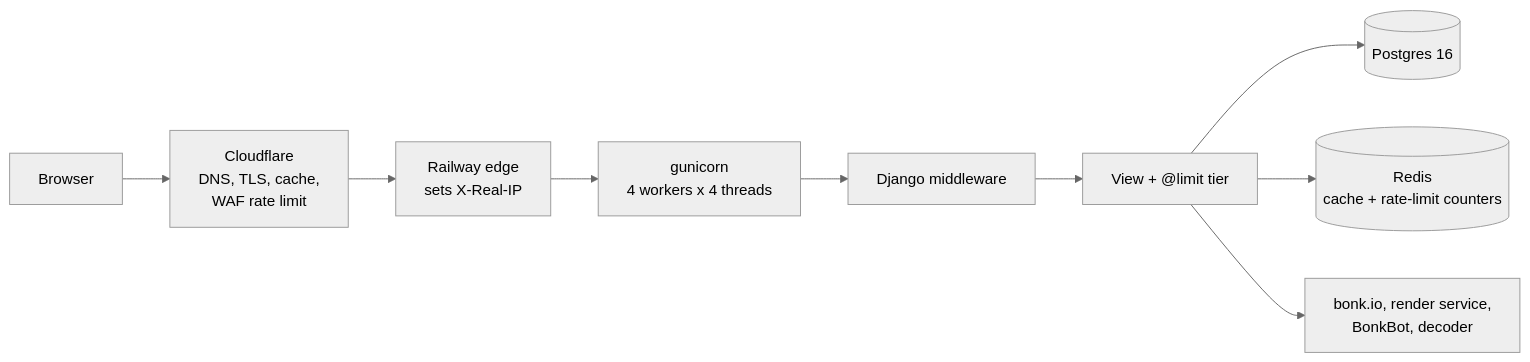
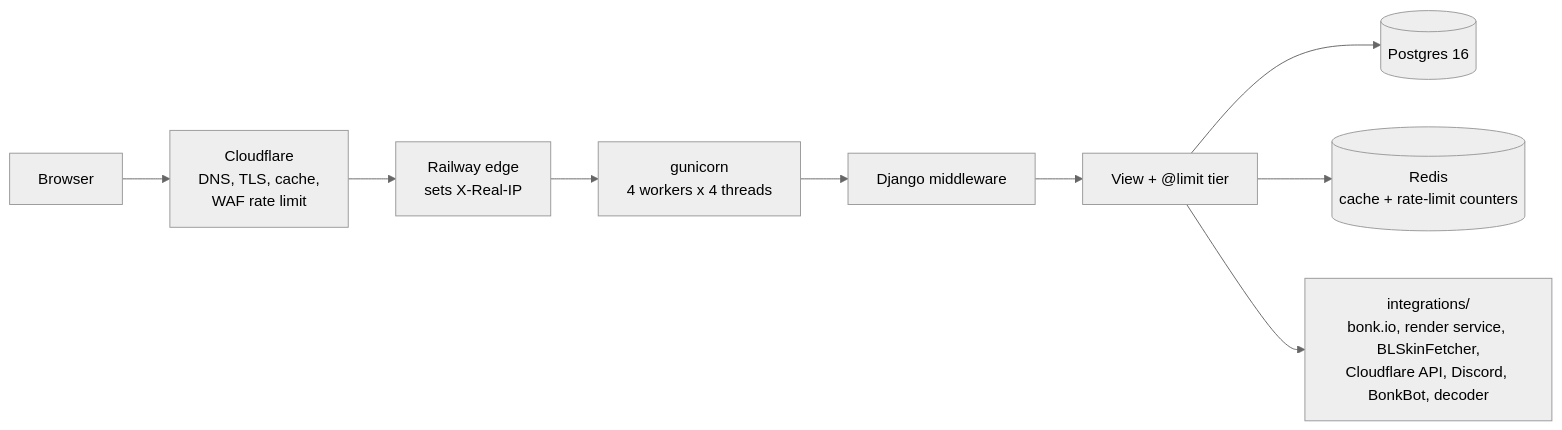
The diagram in docs/architecture/request-flow.md (Bonkverse/bonkverse), drawn with Mermaid (neutral theme) before and after one commit. The commit also changed 12 other files, not shown here.

````diff
--- a/docs/architecture/request-flow.md
+++ b/docs/architecture/request-flow.md
@@ -6,11 +6,11 @@
 ```mermaid
 flowchart LR
     B[Browser] --> CF[Cloudflare<br/>DNS, TLS, cache,<br/>WAF rate limit]
     CF --> RW[Railway edge<br/>sets X-Real-IP]
     RW --> G[gunicorn<br/>4 workers x 4 threads]
     G --> MW[Django middleware]
     MW --> V[View + @limit tier]
     V --> PG[(Postgres 16)]
     V --> R[(Redis<br/>cache + rate-limit counters)]
-    V --> EXT[bonk.io, render service,<br/>BonkBot, decoder]
+    V --> EXT[integrations/<br/>bonk.io, render service, BLSkinFetcher,<br/>Cloudflare API, Discord, BonkBot, decoder]
 ```
````
